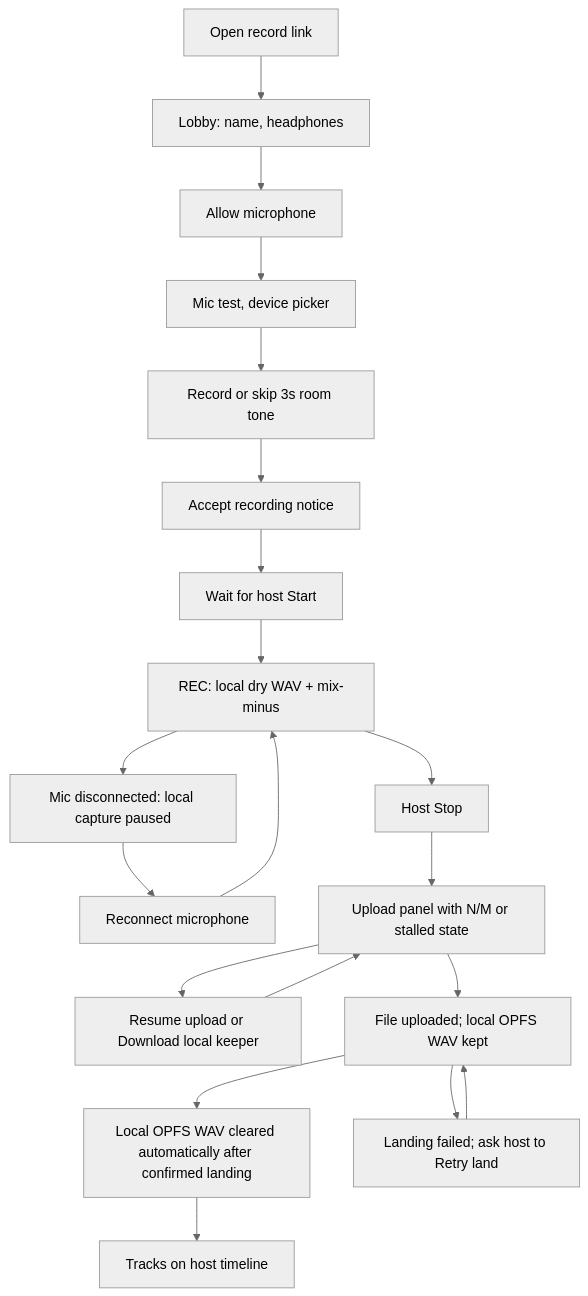
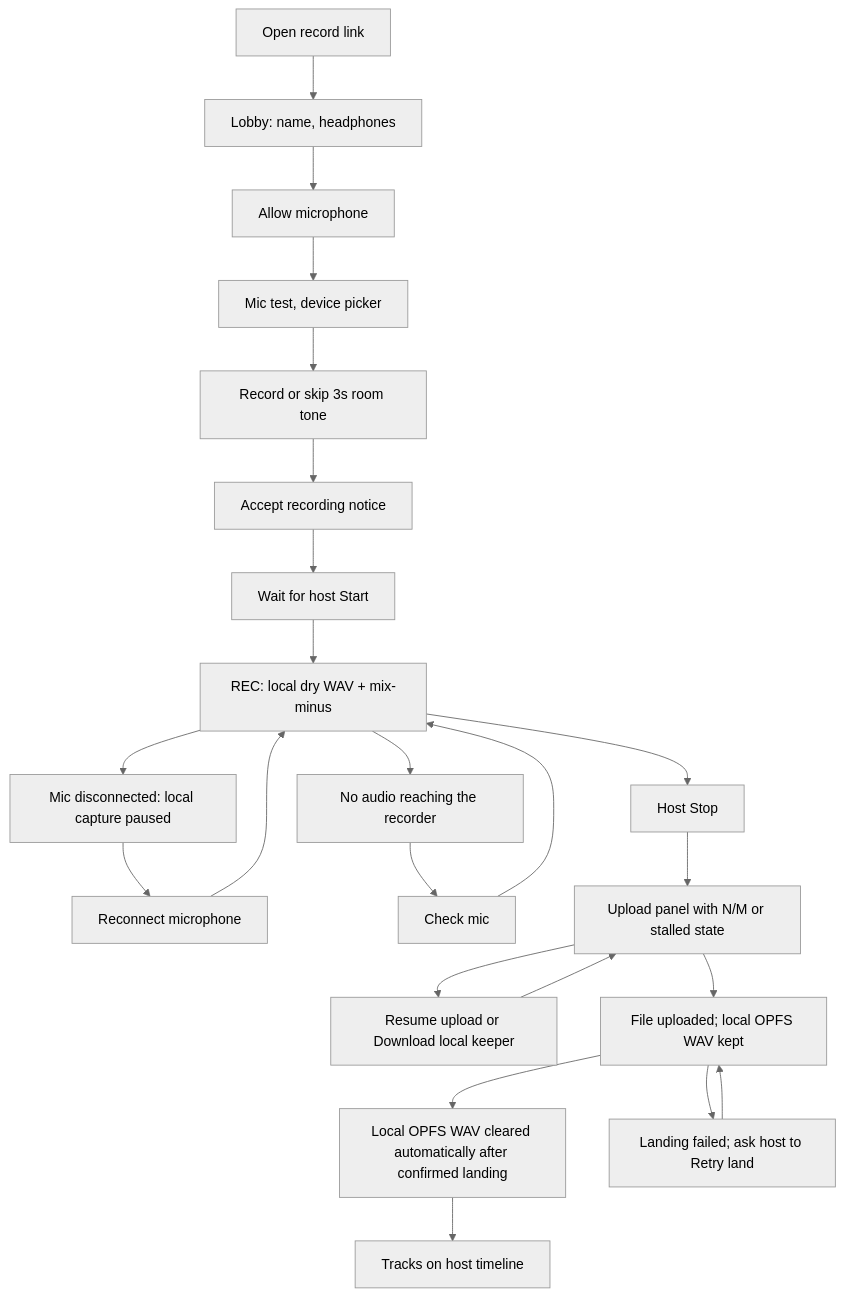
The fifth of 6 diagrams in ux/pages/guest-journeys.md (calebn/sharecut-studio), drawn with Mermaid (neutral theme) before and after one commit. The commit also changed other lines of this file and 23 other files, not shown here.

First line of the commit message:
fix(record): warn when no audio reaches the recorder during a take

````diff
--- a/ux/pages/guest-journeys.md
+++ b/ux/pages/guest-journeys.md
@@ -127,22 +127,25 @@
 ```mermaid
 flowchart TD
   open[Open record link] --> lobby[Lobby: name, headphones]
   lobby --> devices[Allow microphone]
   devices --> mic[Mic test, device picker]
   mic --> roomTone[Record or skip 3s room tone]
   roomTone --> consent[Accept recording notice]
   consent --> wait[Wait for host Start]
   wait --> rec[REC: local dry WAV + mix-minus]
   rec --> lost[Mic disconnected: local capture paused]
   lost --> reconnect[Reconnect microphone]
   reconnect --> rec
+  rec --> silent[No audio reaching the recorder]
+  silent --> check[Check mic]
+  check --> rec
   rec --> stop[Host Stop]
   stop --> upload[Upload panel with N/M or stalled state]
   upload --> recovery[Resume upload or Download local keeper]
   recovery --> upload
   upload --> staged[File uploaded; local OPFS WAV kept]
   staged --> opfs[Local OPFS WAV cleared automatically after confirmed landing]
   staged --> failed[Landing failed; ask host to Retry land]
   failed --> staged
   opfs --> done[Tracks on host timeline]
 ```
````
